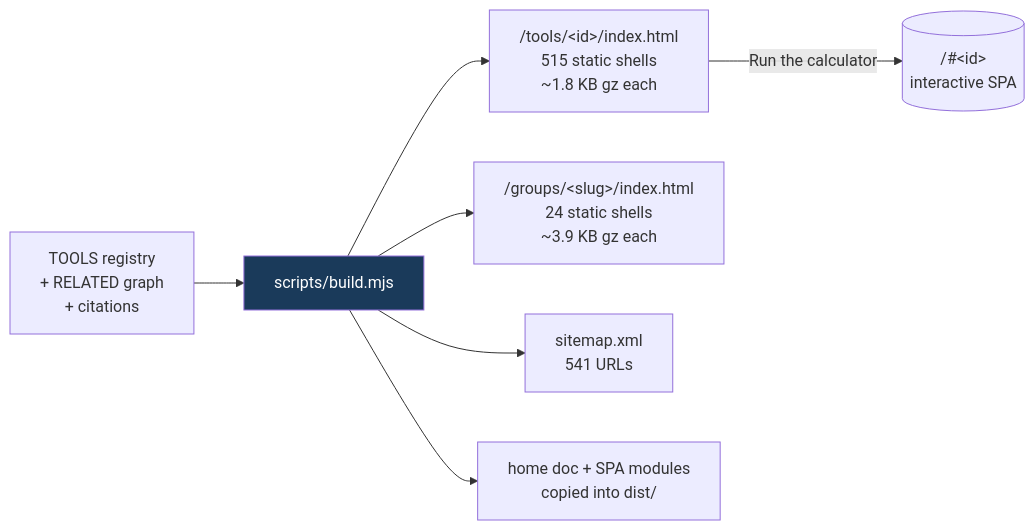
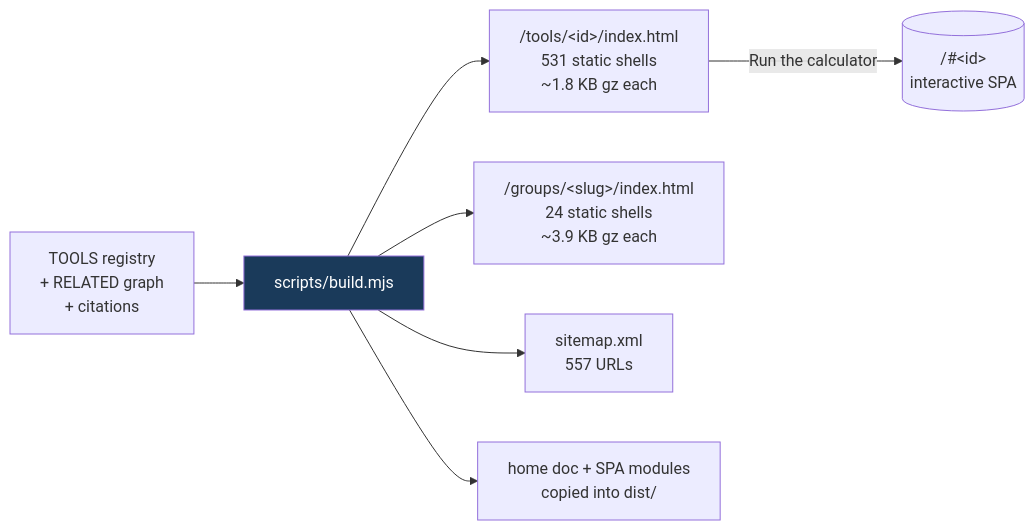
Before and after one commit to clay-good/roughlogic.com: the third of 6 diagrams in README.md, drawn with Mermaid. The commit also changed other lines of this file and 20 other files, not shown here.

````diff
--- a/README.md
+++ b/README.md
@@ -210,10 +233,10 @@
 ```mermaid
 flowchart LR
     SRC[TOOLS registry\n+ RELATED graph\n+ citations] --> BUILD[scripts/build.mjs]
-    BUILD --> TILE["/tools/&lt;id&gt;/index.html\n515 static shells\n~1.8 KB gz each"]
+    BUILD --> TILE["/tools/&lt;id&gt;/index.html\n531 static shells\n~1.8 KB gz each"]
     BUILD --> GROUP["/groups/&lt;slug&gt;/index.html\n24 static shells\n~3.9 KB gz each"]
-    BUILD --> MAP["sitemap.xml\n541 URLs"]
+    BUILD --> MAP["sitemap.xml\n557 URLs"]
     BUILD --> COPY[home doc + SPA modules\ncopied into dist/]
     TILE -->|Run the calculator| SPA[("/#&lt;id&gt;\ninteractive SPA")]
     style BUILD fill:#1a3a5a,color:#fff
 ```
````
